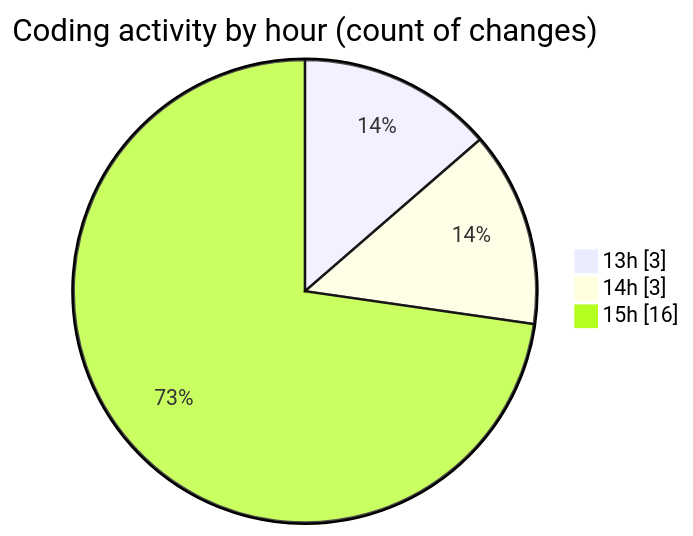
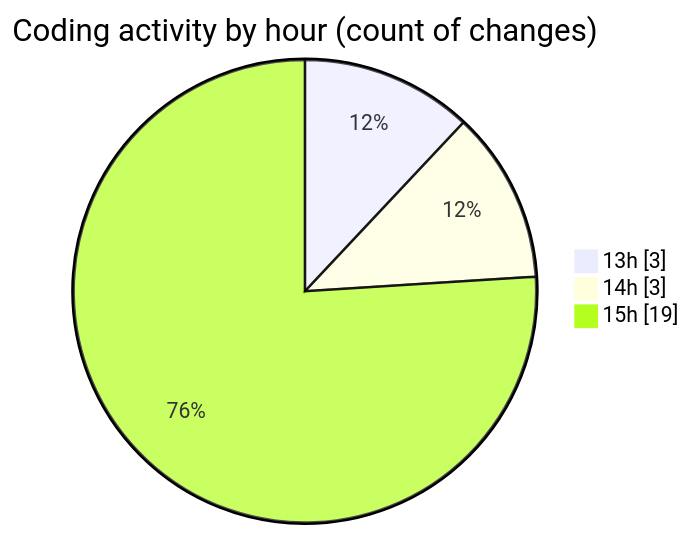
One commit to idhammustaqopulfikri/code-tracking changed the second of 2 diagrams in 2025-06-15/studio-backend/README.md. Above: the diagram before and after it, drawn with Mermaid. The commit also changed other lines of this file and 1 other file, not shown here.

````diff
--- a/2025-06-15/studio-backend/README.md
+++ b/2025-06-15/studio-backend/README.md
@@ -38,7 +39,7 @@
 ```mermaid
 pie showData
 title Coding activity by hour (count of changes)
 "13h" : 3
 "14h" : 3
-"15h" : 16
+"15h" : 19
 ```
````
